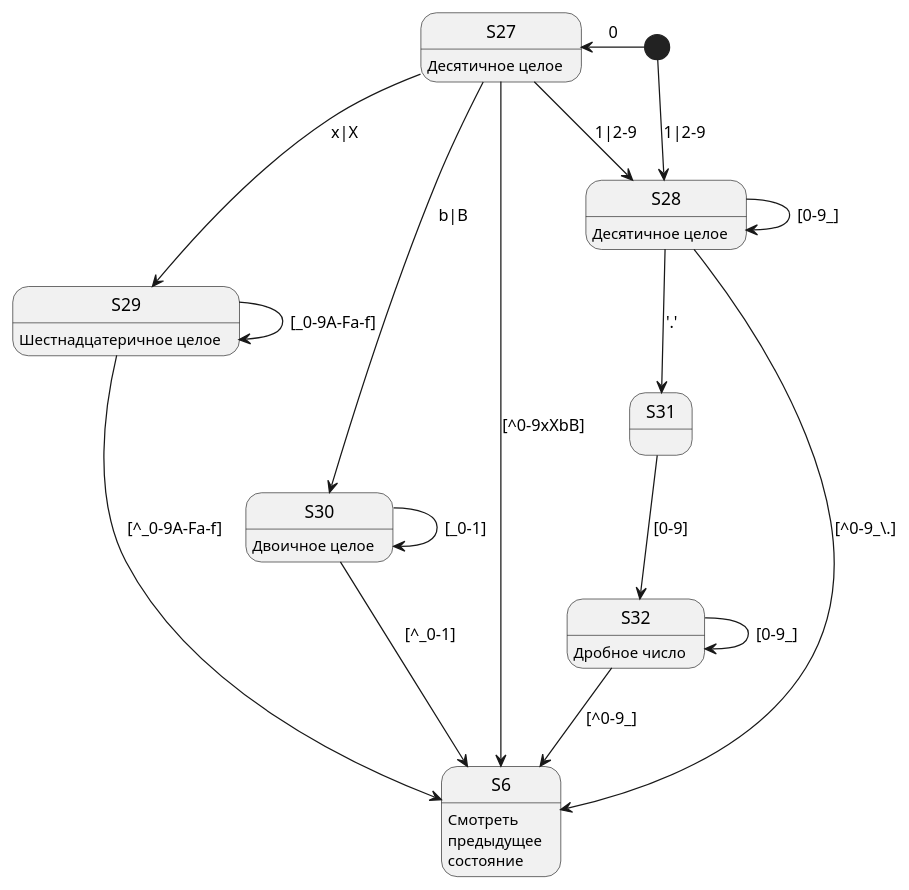
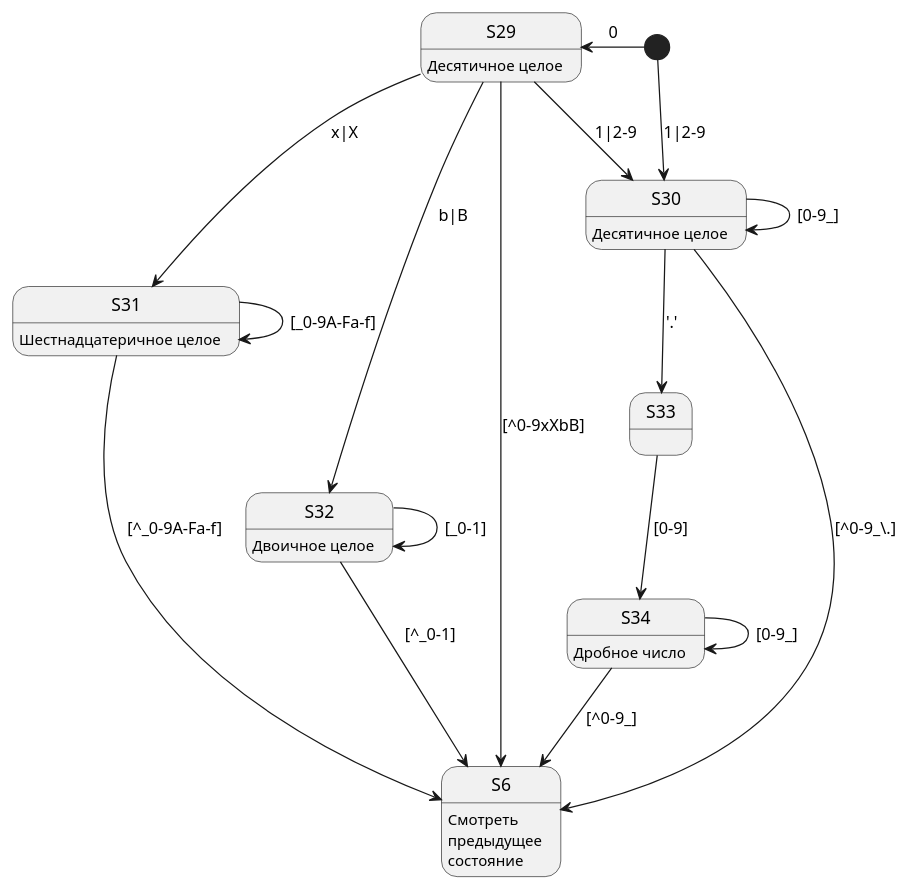
One commit to vladimirlll/CSharpLexicalAnalyzer changed the diagram in Диаграмма состояния для ЛА/sd4.puml. Above: the diagram before and after it, drawn with PlantUML. The commit also changed 24 other files, not shown here.

Commit message:
Диаграмма состояний изменена, переходы изменены. Работает нормально на коде анализатора

```diff
--- a/Диаграмма состояния для ЛА/sd4.puml
+++ b/Диаграмма состояния для ЛА/sd4.puml
@@ -1,30 +1,30 @@
 @startuml "sd4"
 
-[*] -left-> S27 : 0
-S27 --> S28 : 1|2-9
-S27 --> S29 : x|X
-S27 --> S30 : b|B
-S27 --> S6 : [^0-9xXbB]
-S27 : Десятичное целое
+[*] -left-> S29 : 0
+S29 --> S30 : 1|2-9
+S29 --> S31 : x|X
+S29 --> S32 : b|B
+S29 --> S6 : [^0-9xXbB]
+S29 : Десятичное целое
 
-[*] --> S28 : 1|2-9
-S28 --> S28 : [0-9_]
-S28 --> S31 : '.'
-S28 --> S6 : [^0-9_\.]
+[*] --> S30 : 1|2-9
+S30 --> S30 : [0-9_]
+S30 --> S33 : '.'
+S30 --> S6 : [^0-9_\.]
 S6 : Смотреть\nпредыдущее\nсостояние
-S28 : Десятичное целое
+S30 : Десятичное целое
 
-S29 --> S29 : [_0-9A-Fa-f]
-S29 : Шестнадцатеричное целое
-S29 --> S6 : [^_0-9A-Fa-f]
+S31 --> S31 : [_0-9A-Fa-f]
+S31 : Шестнадцатеричное целое
+S31 --> S6 : [^_0-9A-Fa-f]
 
-S30 --> S30 : [_0-1]
-S30 : Двоичное целое
-S30 --> S6 : [^_0-1]
+S32 --> S32 : [_0-1]
+S32 : Двоичное целое
+S32 --> S6 : [^_0-1]
 
-S31 --> S32 : [0-9]
-S32 --> S32 : [0-9_]
-S32 --> S6 : [^0-9_]
-S32 : Дробное число
+S33 --> S34 : [0-9]
+S34 --> S34 : [0-9_]
+S34 --> S6 : [^0-9_]
+S34 : Дробное число
 
 @enduml
```
